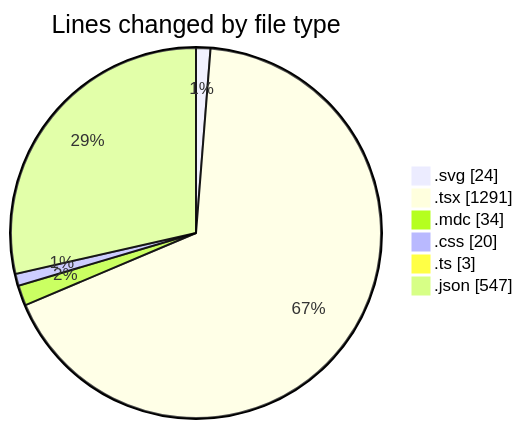
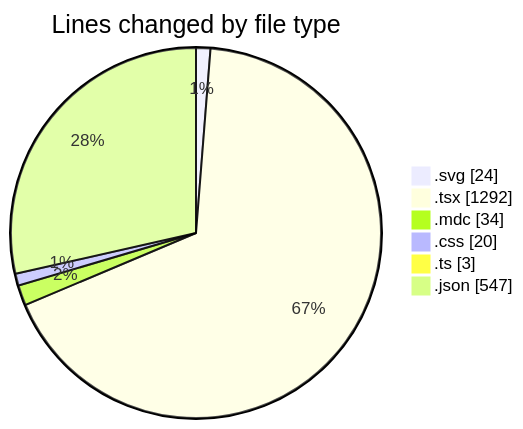
Before and after one commit to EIIisD/code-tracking: the first of 2 diagrams in 2025-07-18/ribbon/README.md, drawn with Mermaid. The commit also changed other lines of this file and 1 other file, not shown here.

````diff
--- a/2025-07-18/ribbon/README.md
+++ b/2025-07-18/ribbon/README.md
@@ -27,10 +27,10 @@
 ```mermaid
 pie showData
 title Lines changed by file type
 ".svg" : 24
-".tsx" : 1291
+".tsx" : 1292
 ".mdc" : 34
 ".css" : 20
 ".ts" : 3
 ".json" : 547
 ```
````
